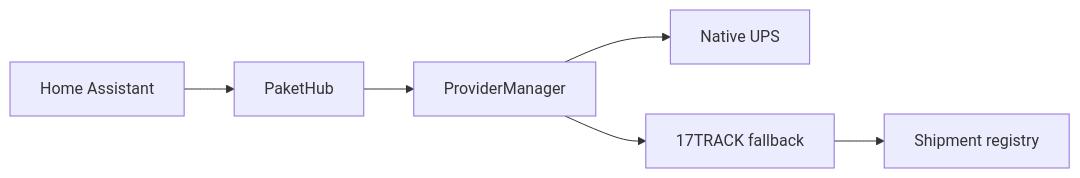
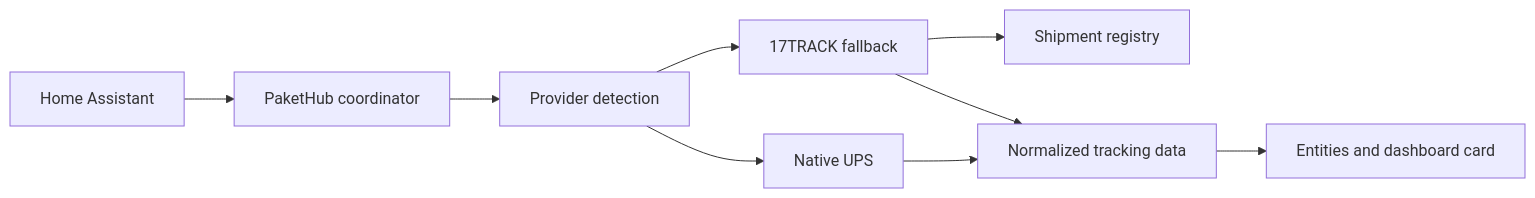
The diagram in docs/en/index.md (eifeldj/pakethub), drawn with Mermaid before and after one commit. The commit also changed other lines of this file and 17505 other files, not shown here.

````diff
--- a/docs/en/index.md
+++ b/docs/en/index.md
@@ -34,8 +60,11 @@
 ```mermaid
 flowchart LR
-    HA[Home Assistant] --> PH[PaketHub]
-    PH --> PM[ProviderManager]
-    PM --> UPS[Native UPS]
-    PM --> T17[17TRACK fallback]
-    T17 --> REG[Shipment registry]
+    A[Home Assistant] --> B[PaketHub coordinator]
+    B --> C[Provider detection]
+    C --> D[Native UPS]
+    C --> E[17TRACK fallback]
+    E --> F[Shipment registry]
+    D --> G[Normalized tracking data]
+    E --> G
+    G --> H[Entities and dashboard card]
 ```
````
